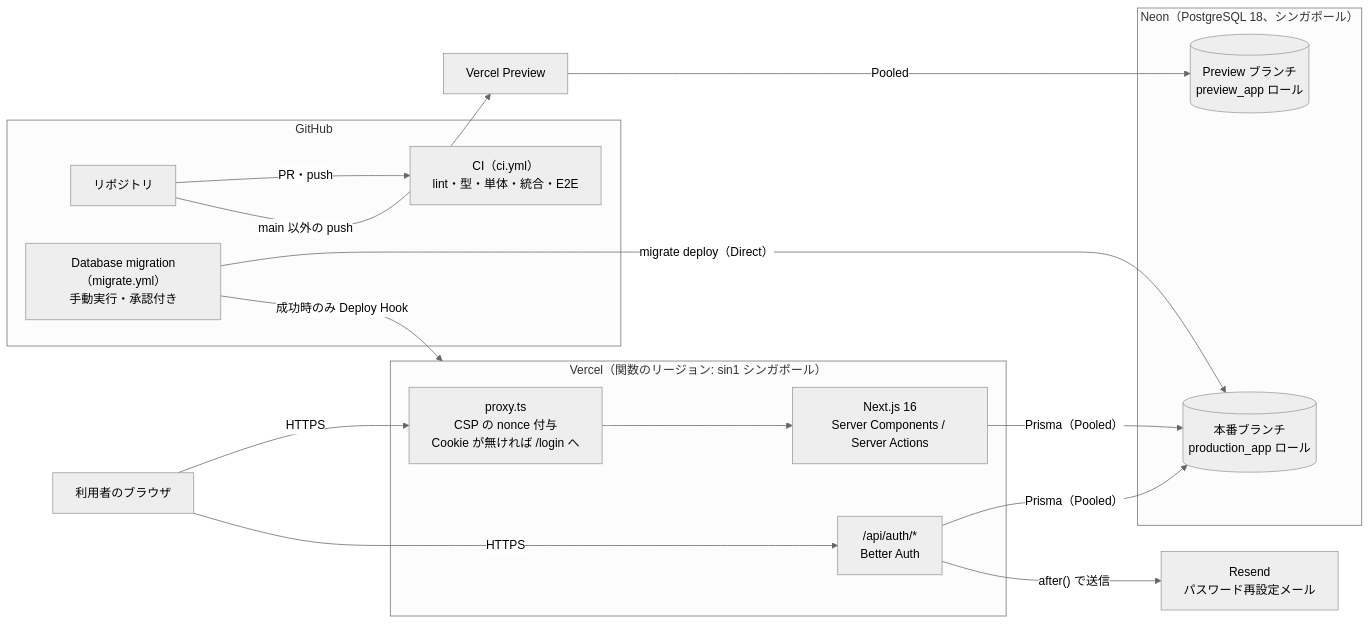
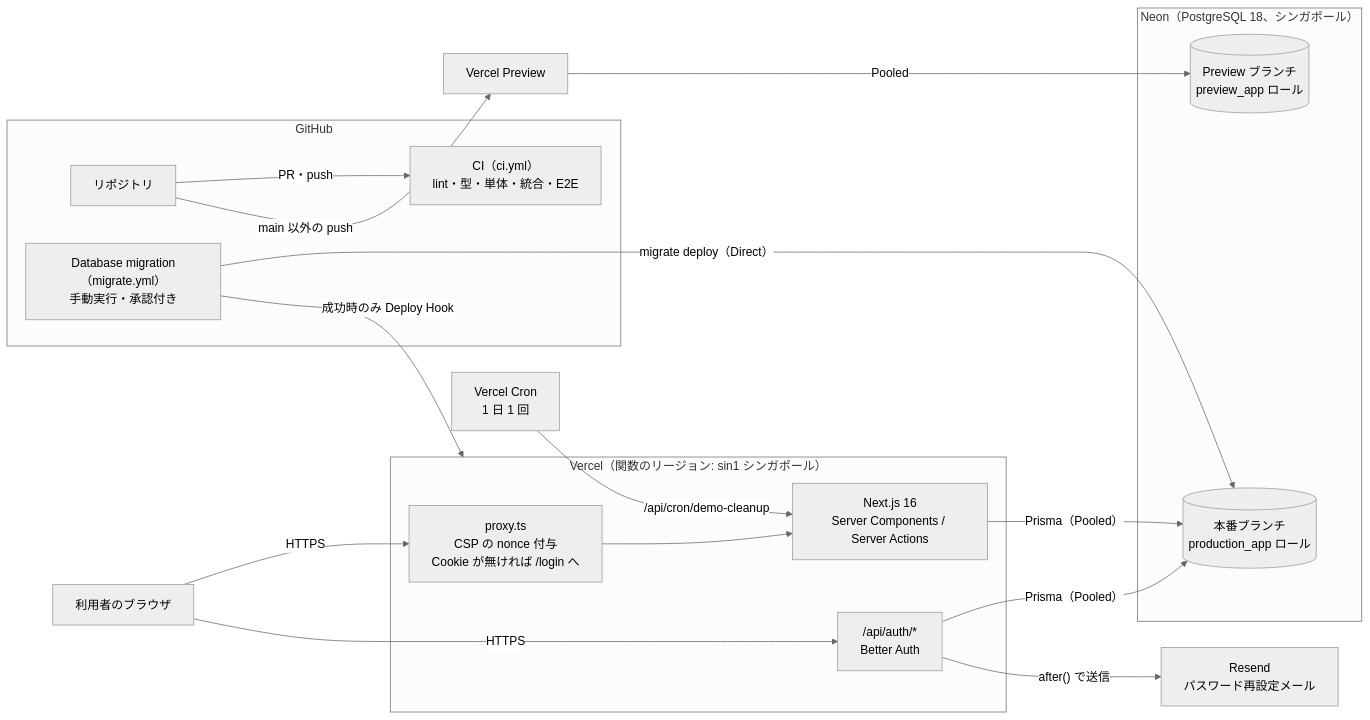
One commit to TakahiroNago/project-management-app changed the first of 7 diagrams in docs/architecture.md. Above: the diagram before and after it, drawn with Mermaid (neutral theme). The commit also changed other lines of this file and 29 other files, not shown here.

First line of the commit message:
feat: add per-visitor demo accounts with daily cleanup

````diff
--- a/docs/architecture.md
+++ b/docs/architecture.md
@@ -7,34 +7,35 @@
 ```mermaid
 flowchart LR
   User[利用者のブラウザ]
 
   subgraph Vercel["Vercel（関数のリージョン: sin1 シンガポール）"]
     Proxy["proxy.ts<br/>CSP の nonce 付与<br/>Cookie が無ければ /login へ"]
     App["Next.js 16<br/>Server Components / Server Actions"]
     AuthApi["/api/auth/*<br/>Better Auth"]
   end
 
   subgraph Neon["Neon（PostgreSQL 18、シンガポール）"]
     ProdDB[("本番ブランチ<br/>production_app ロール")]
     PrevDB[("Preview ブランチ<br/>preview_app ロール")]
   end
 
   Resend["Resend<br/>パスワード再設定メール"]
 
   subgraph GitHub
     Repo[リポジトリ]
     CI["CI（ci.yml）<br/>lint・型・単体・統合・E2E"]
     Migrate["Database migration（migrate.yml）<br/>手動実行・承認付き"]
   end
 
   User -- HTTPS --> Proxy --> App
   User -- HTTPS --> AuthApi
   App -- "Prisma（Pooled）" --> ProdDB
   AuthApi -- "Prisma（Pooled）" --> ProdDB
   AuthApi -- "after() で送信" --> Resend
 
   Repo -- "PR・push" --> CI
   Repo -- "main 以外の push" --> PreviewDeploy["Vercel Preview"] -- Pooled --> PrevDB
   Migrate -- "migrate deploy（Direct）" --> ProdDB
   Migrate -- "成功時のみ Deploy Hook" --> Vercel
+  Cron["Vercel Cron<br/>1 日 1 回"] -- "/api/cron/demo-cleanup" --> App
 ```
````
